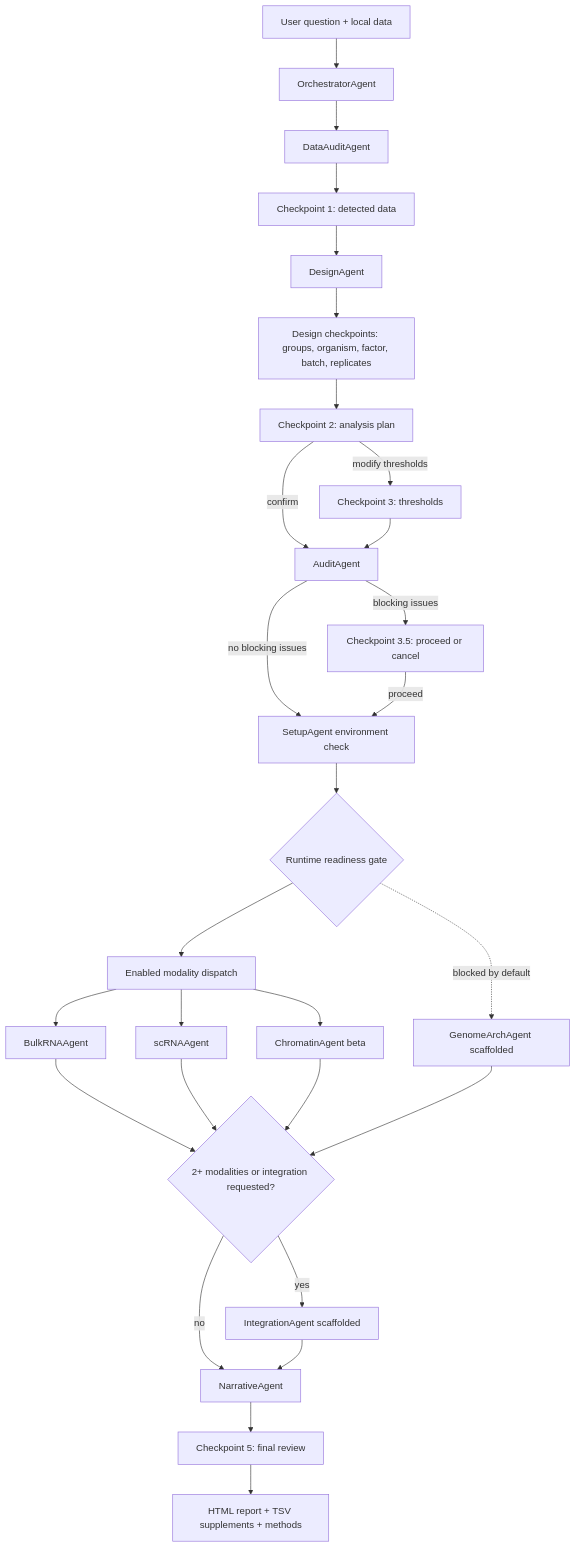
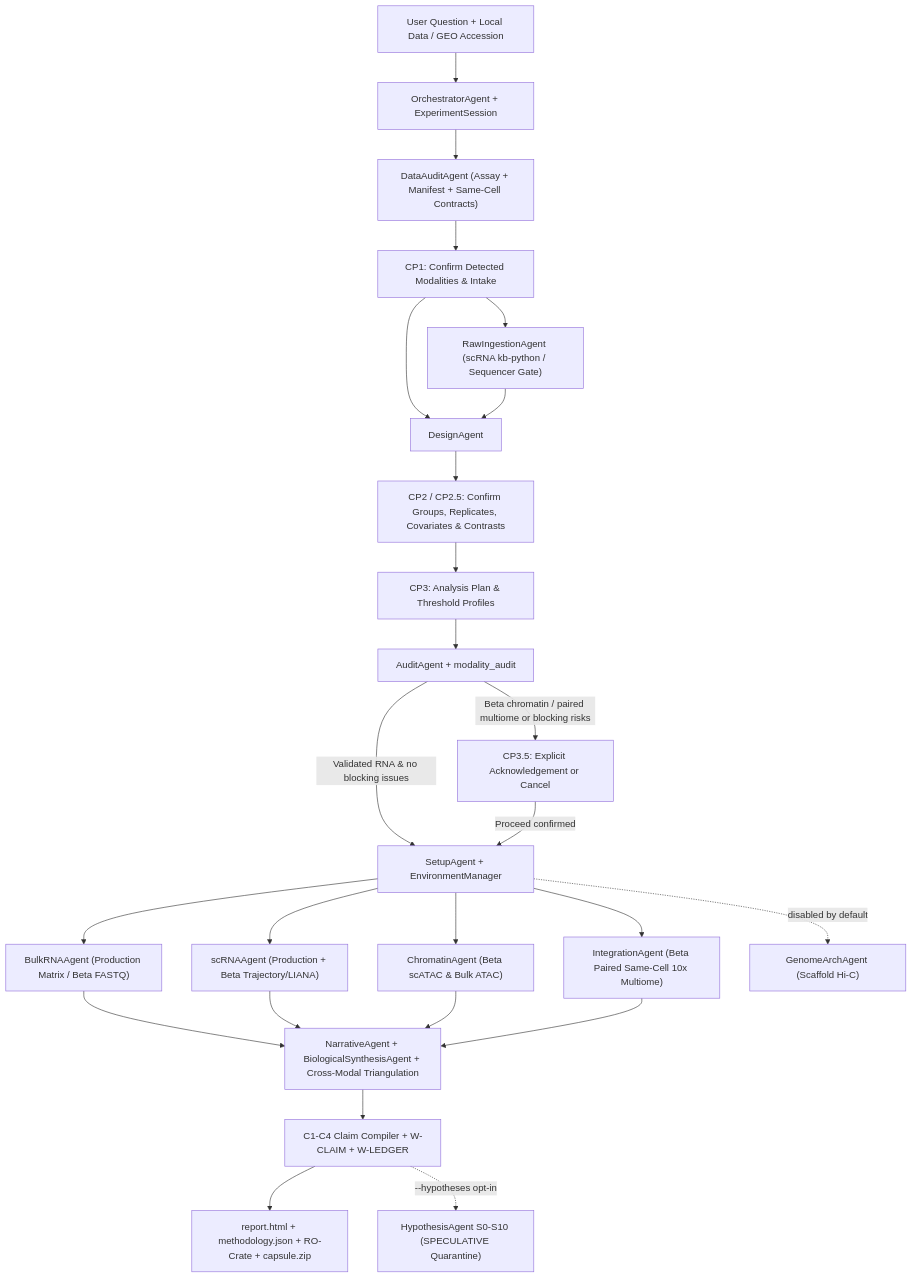
One commit to Olascoaga/aria-omics changed the diagram in docs/architecture/overview.md. Above: the diagram before and after it, drawn with Mermaid. The commit also changed other lines of this file and 77 other files, not shown here.

Commit message:
docs(repo): flagship README, full v4.8 docs overhaul, retire graphify, and purge legacy cruft

````diff
--- a/docs/architecture/overview.md
+++ b/docs/architecture/overview.md
@@ -15,30 +16,27 @@
 ```mermaid
 flowchart TD
-    U[User question + local data] --> O[OrchestratorAgent]
-    O --> DA[DataAuditAgent]
-    DA --> CP1[Checkpoint 1: detected data]
-    CP1 --> D[DesignAgent]
-    D --> CP2[Design checkpoints: groups, organism, factor, batch, replicates]
-    CP2 --> PLAN[Checkpoint 2: analysis plan]
-    PLAN -->|confirm| A[AuditAgent]
-    PLAN -->|modify thresholds| CP3[Checkpoint 3: thresholds]
-    CP3 --> A
-    A -->|blocking issues| CP35[Checkpoint 3.5: proceed or cancel]
-    A -->|no blocking issues| SETUP[SetupAgent environment check]
-    CP35 -->|proceed| SETUP
-    SETUP --> GATE{Runtime readiness gate}
-    GATE --> DISPATCH[Enabled modality dispatch]
-    DISPATCH --> B[BulkRNAAgent]
-    DISPATCH --> S[scRNAAgent]
-    DISPATCH --> C[ChromatinAgent beta]
-    GATE -. blocked by default .-> H[GenomeArchAgent scaffolded]
-    B --> MAYBEINT{2+ modalities or integration requested?}
-    S --> MAYBEINT
-    C --> MAYBEINT
-    H --> MAYBEINT
-    MAYBEINT -->|yes| INT[IntegrationAgent scaffolded]
-    MAYBEINT -->|no| N[NarrativeAgent]
+    U["User Question + Local Data / GEO Accession"] --> O["OrchestratorAgent + ExperimentSession"]
+    O --> DA["DataAuditAgent (Assay + Manifest + Same-Cell Contracts)"]
+    DA --> CP1["CP1: Confirm Detected Modalities & Intake"]
+    CP1 --> RAW["RawIngestionAgent (scRNA kb-python / Sequencer Gate)"]
+    CP1 --> D["DesignAgent"]
+    RAW --> D
+    D --> CP2["CP2 / CP2.5: Confirm Groups, Replicates, Covariates & Contrasts"]
+    CP2 --> CP3["CP3: Analysis Plan & Threshold Profiles"]
+    CP3 --> A["AuditAgent + modality_audit"]
+    A -->|Beta chromatin / paired multiome or blocking risks| CP35["CP3.5: Explicit Acknowledgement or Cancel"]
+    A -->|Validated RNA & no blocking issues| SETUP["SetupAgent + EnvironmentManager"]
+    CP35 -->|Proceed confirmed| SETUP
+    SETUP --> B["BulkRNAAgent (Production Matrix / Beta FASTQ)"]
+    SETUP --> S["scRNAAgent (Production + Beta Trajectory/LIANA)"]
+    SETUP --> C["ChromatinAgent (Beta scATAC & Bulk ATAC)"]
+    SETUP --> INT["IntegrationAgent (Beta Paired Same-Cell 10x Multiome)"]
+    SETUP -. disabled by default .-> H["GenomeArchAgent (Scaffold Hi-C)"]
+    B --> N["NarrativeAgent + BiologicalSynthesisAgent + Cross-Modal Triangulation"]
+    S --> N
+    C --> N
     INT --> N
-    N --> CP5[Checkpoint 5: final review]
-    CP5 --> R[HTML report + TSV supplements + methods]
+    N --> COMP["C1-C4 Claim Compiler + W-CLAIM + W-LEDGER"]
+    COMP --> R["report.html + methodology.json + RO-Crate + capsule.zip"]
+    COMP -. "--hypotheses opt-in" .-> HYPO["HypothesisAgent S0-S10 (SPECULATIVE Quarantine)"]
 ```
````
